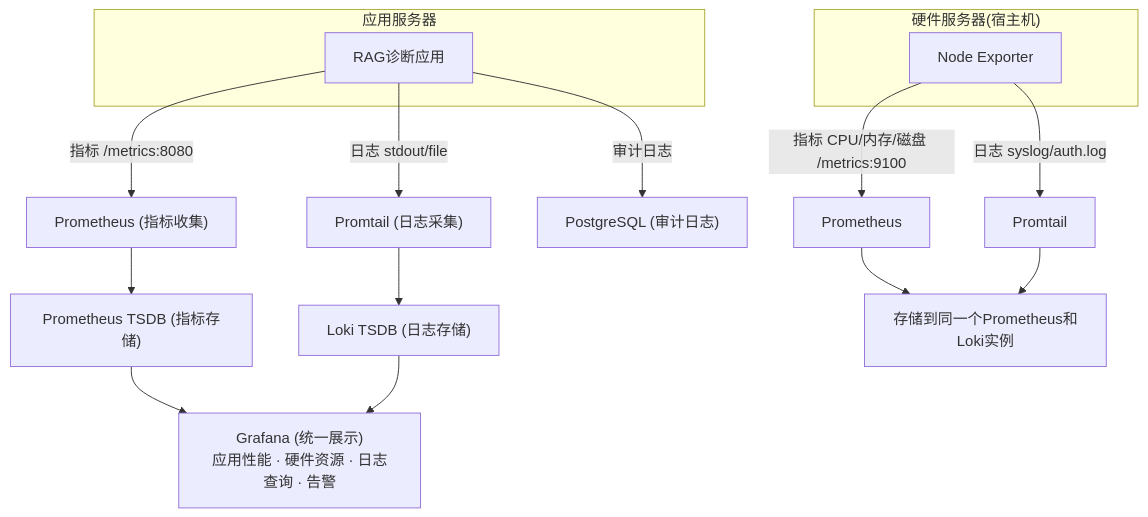
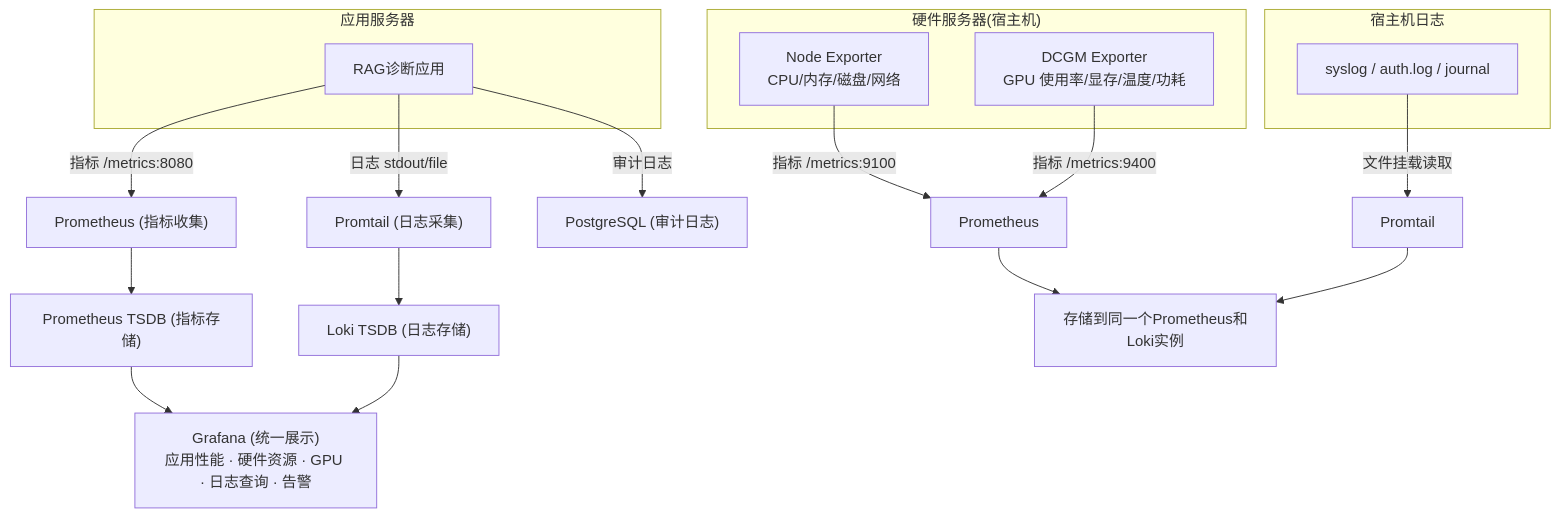
The diagram in .claude/skills/auto-coder/references/05-infrastructure.md (Handshakeworm/Agentic-RAG-Medical-care-Assistant), drawn with Mermaid before and after one commit. The commit also changed other lines of this file and 63 other files, not shown here.

````diff
--- a/.claude/skills/auto-coder/references/05-infrastructure.md
+++ b/.claude/skills/auto-coder/references/05-infrastructure.md
@@ -61,25 +138,31 @@
 ```mermaid
 graph TB
     subgraph APP["应用服务器"]
         RAG["RAG诊断应用"]
     end
     subgraph HW["硬件服务器(宿主机)"]
-        NODE["Node Exporter"]
+        NODE["Node Exporter<br/>CPU/内存/磁盘/网络"]
+        DCGM["DCGM Exporter<br/>GPU 使用率/显存/温度/功耗"]
     end
 
     RAG -->|指标 /metrics:8080| A_PROM["Prometheus (指标收集)"]
     RAG -->|日志 stdout/file| A_PROMTAIL["Promtail (日志采集)"]
     RAG -->|审计日志| A_PG["PostgreSQL (审计日志)"]
 
     A_PROM --> A_PROMDB["Prometheus TSDB (指标存储)"]
     A_PROMTAIL --> A_LOKIDB["Loki TSDB (日志存储)"]
 
-    A_PROMDB --> GRAFANA["Grafana (统一展示)<br/>应用性能 · 硬件资源 · 日志查询 · 告警"]
+    A_PROMDB --> GRAFANA["Grafana (统一展示)<br/>应用性能 · 硬件资源 · GPU · 日志查询 · 告警"]
     A_LOKIDB --> GRAFANA
 
-    NODE -->|指标 CPU/内存/磁盘 /metrics:9100| H_PROM["Prometheus"]
-    NODE -->|日志 syslog/auth.log| H_PROMTAIL["Promtail"]
+    NODE -->|指标 /metrics:9100| H_PROM["Prometheus"]
+    DCGM -->|指标 /metrics:9400| H_PROM
+
+    subgraph HOST_LOG["宿主机日志"]
+        SYSLOG["syslog / auth.log / journal"]
+    end
+    SYSLOG -->|文件挂载读取| H_PROMTAIL["Promtail"]
 
     H_PROM --> STORE["存储到同一个Prometheus和Loki实例"]
     H_PROMTAIL --> STORE
 ```
````
